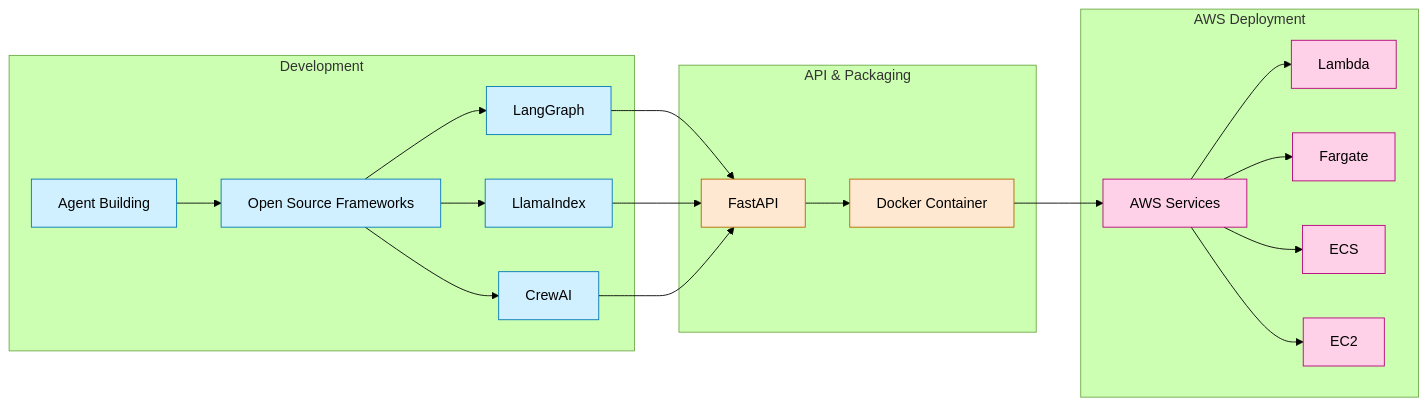
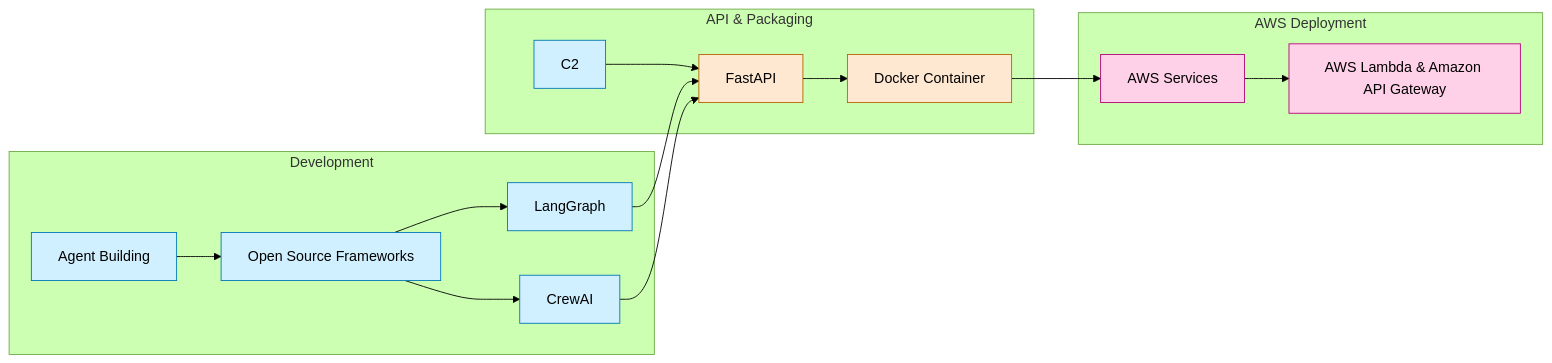
The first of 2 diagrams in README.md (adisystems/fmbench-assistant), drawn with Mermaid (forest theme) before and after one commit. The commit also changed other lines of this file, not shown here.

````diff
--- a/README.md
+++ b/README.md
@@ -7,30 +14,26 @@
 ```mermaid
 graph LR
     subgraph "Development"
         A["Agent Building"] --> B["Open Source Frameworks"]
         B --> C1["LangGraph"]
-        B --> C2["LlamaIndex"]
         B --> C3["CrewAI"]
     end
     
     subgraph "API & Packaging"
         C1 & C2 & C3 --> D["FastAPI"]
         D --> E["Docker Container"]
     end
     
     subgraph "AWS Deployment"
         E --> F["AWS Services"]
-        F --> G1["Lambda"]
-        F --> G2["Fargate"]
-        F --> G3["ECS"]
-        F --> G4["EC2"]
+        F --> G1["AWS Lambda & Amazon API Gateway"]
     end
     
     classDef dev fill:#d1f0ff,stroke:#0077b6
     classDef mid fill:#ffe8d1,stroke:#b66300
     classDef aws fill:#ffd1e8,stroke:#b6007a
     
     class A,B,C1,C2,C3 dev
     class D,E mid
     class F,G1,G2,G3,G4 aws
 ```
````
